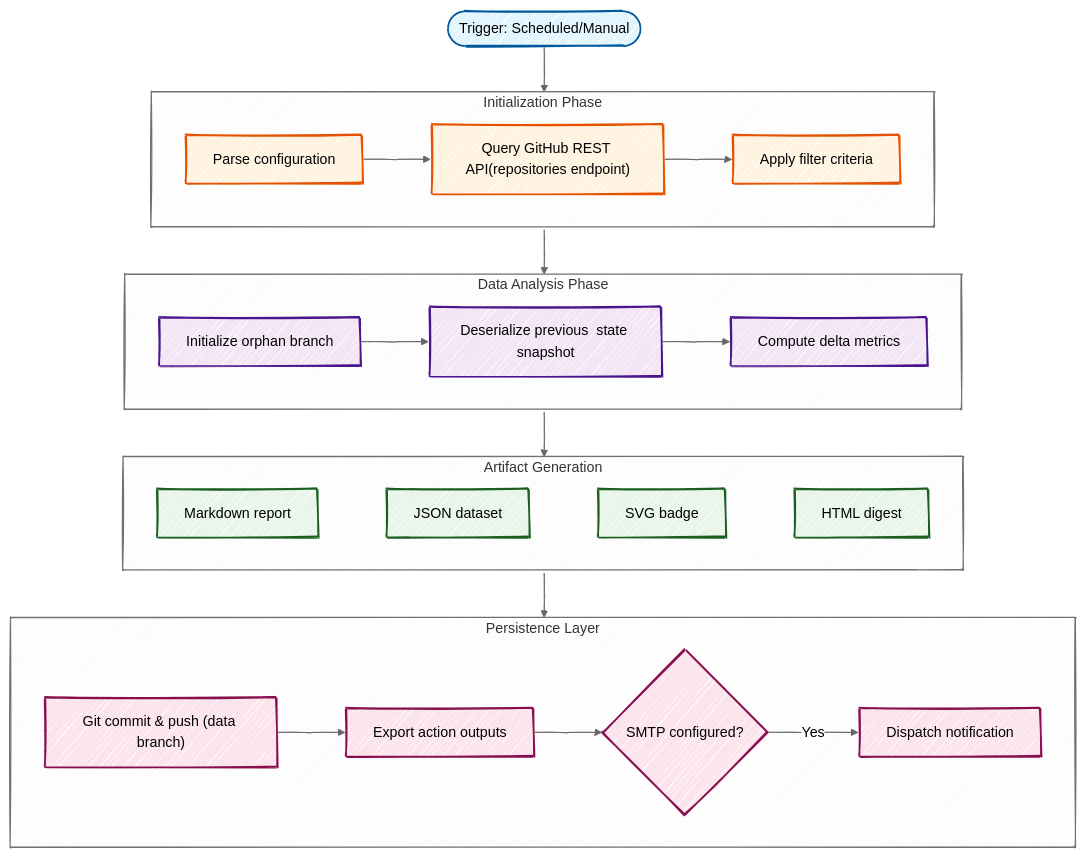
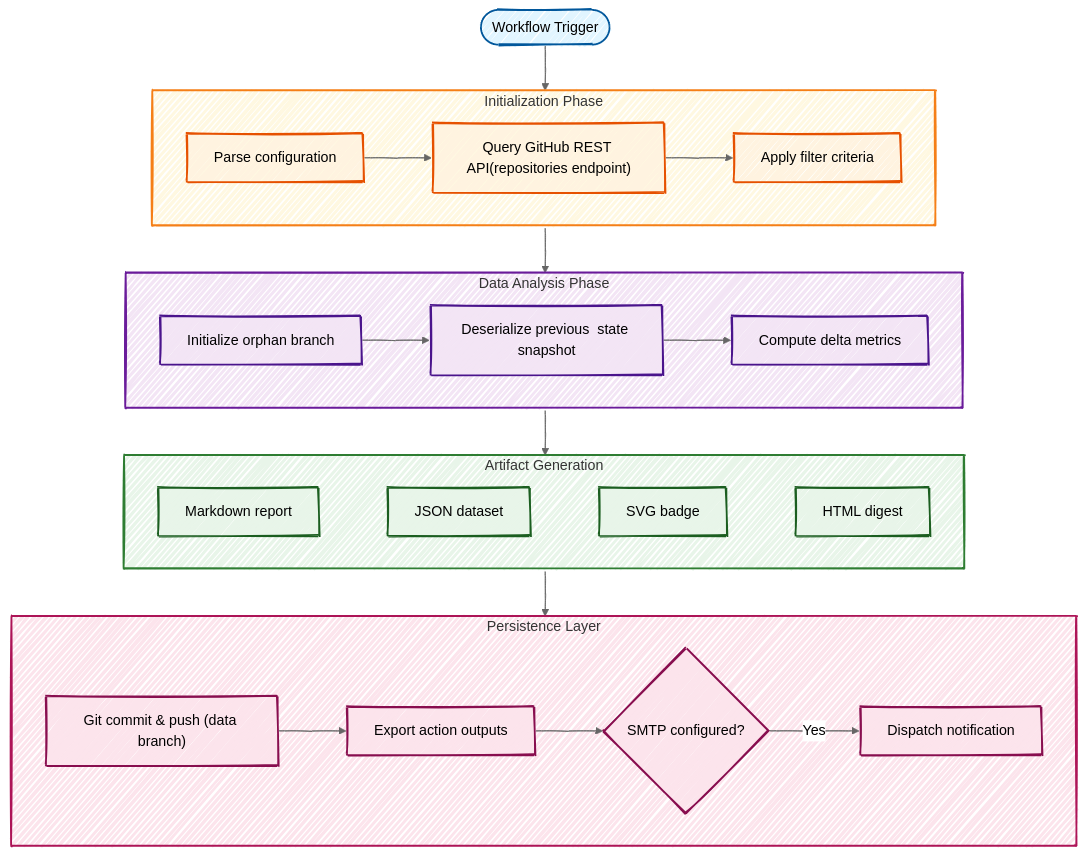
The first of 2 diagrams in README.md (fbuireu/github-star-tracker), drawn with Mermaid before and after one commit. The commit also changed other lines of this file, not shown here.

Commit message:
docs: add contrast

````diff
--- a/README.md
+++ b/README.md
@@ -16,48 +16,52 @@
 ```mermaid
 ---
 config:
   look: handDrawn
   theme: neutral
 ---
 flowchart TD
-    trigger(["Trigger: Scheduled/Manual"])
+    trigger(["Workflow Trigger"])
 
     subgraph setup ["Initialization Phase"]
         direction LR
         config["Parse configuration"] --> fetch["Query GitHub REST API(repositories endpoint)"] --> filter["Apply filter criteria"]
     end
 
     subgraph analysis ["Data Analysis Phase"]
         direction LR
         init["Initialize orphan branch"] --> read["Deserialize previous  state snapshot"] --> compare["Compute delta metrics"]
     end
 
     subgraph artifacts ["Artifact Generation"]
         direction LR
         md["Markdown report"] ~~~ json["JSON dataset"] ~~~ svg["SVG badge"] ~~~ html["HTML digest"]
     end
 
     subgraph persist ["Persistence Layer"]
         direction LR
         commit["Git commit & push (data branch)"] --> setout["Export action outputs"] --> email{"SMTP configured?"}
         email -->|Yes| send["Dispatch notification"]
     end
 
     trigger --> setup --> analysis --> artifacts --> persist
 
     style trigger fill:#e1f5ff,stroke:#01579b,stroke-width:2px
     style config fill:#fff3e0,stroke:#e65100,stroke-width:2px
     style fetch fill:#fff3e0,stroke:#e65100,stroke-width:2px
     style filter fill:#fff3e0,stroke:#e65100,stroke-width:2px
     style init fill:#f3e5f5,stroke:#4a148c,stroke-width:2px
     style read fill:#f3e5f5,stroke:#4a148c,stroke-width:2px
     style compare fill:#f3e5f5,stroke:#4a148c,stroke-width:2px
     style md fill:#e8f5e9,stroke:#1b5e20,stroke-width:2px
     style json fill:#e8f5e9,stroke:#1b5e20,stroke-width:2px
     style svg fill:#e8f5e9,stroke:#1b5e20,stroke-width:2px
     style html fill:#e8f5e9,stroke:#1b5e20,stroke-width:2px
     style commit fill:#fce4ec,stroke:#880e4f,stroke-width:2px
     style setout fill:#fce4ec,stroke:#880e4f,stroke-width:2px
     style email fill:#fce4ec,stroke:#880e4f,stroke-width:2px
     style send fill:#fce4ec,stroke:#880e4f,stroke-width:2px
+    style setup fill:#fff8e1,stroke:#f57f17,stroke-width:2px
+    style analysis fill:#f3e5f5,stroke:#6a1b9a,stroke-width:2px
+    style artifacts fill:#e8f5e9,stroke:#2e7d32,stroke-width:2px
+    style persist fill:#fce4ec,stroke:#ad1457,stroke-width:2px
 ```
````
